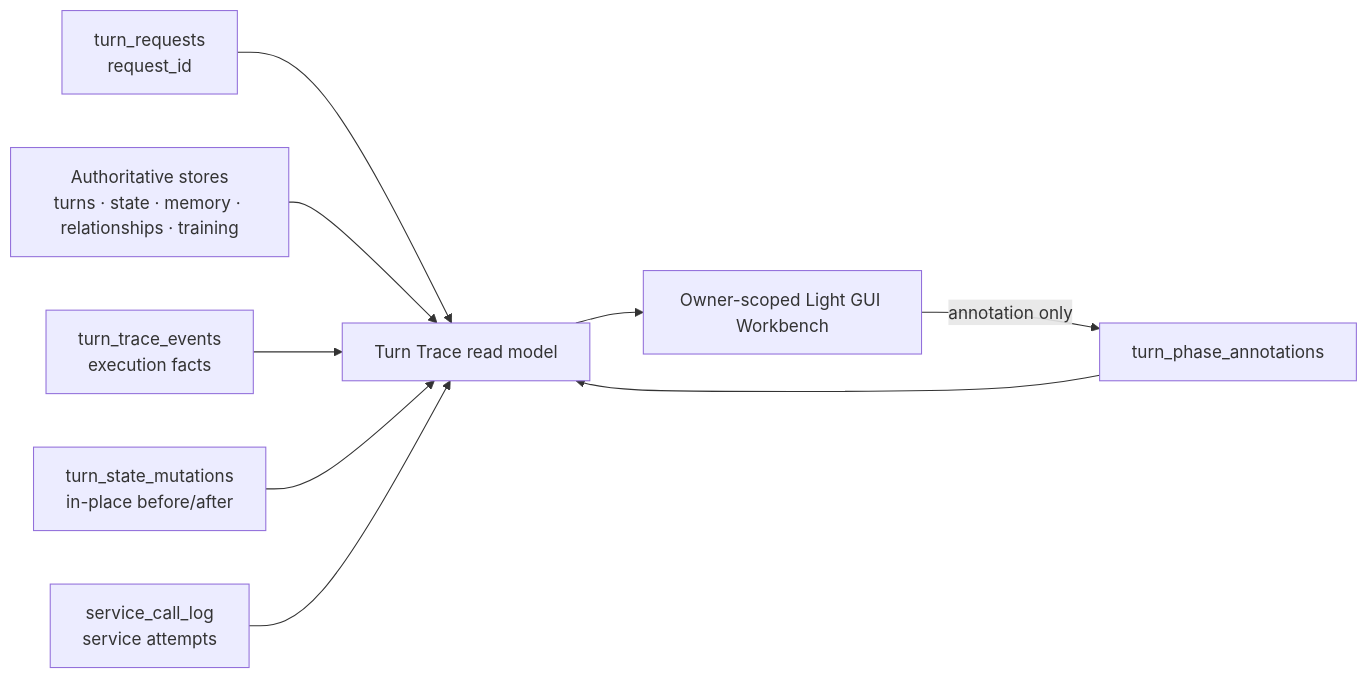
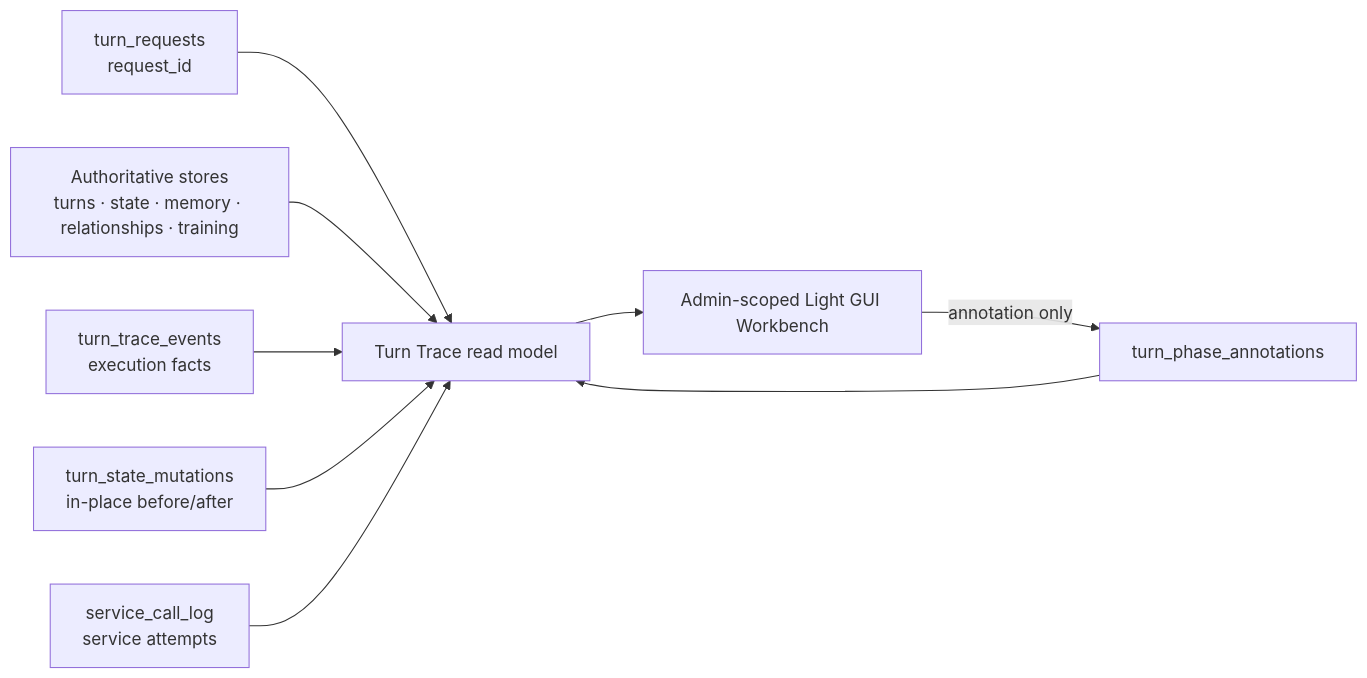
Before and after one commit to abykovwww-byte/tavern-awareness-showroom: the diagram in docs/decisions/027-turn-trace-workbench.md, drawn with Mermaid. The commit also changed other lines of this file and 36 other files, not shown here.

````diff
--- a/docs/decisions/027-turn-trace-workbench.md
+++ b/docs/decisions/027-turn-trace-workbench.md
@@ -89,11 +97,11 @@
 ```mermaid
 flowchart LR
     RQ["turn_requests\nrequest_id"] --> View["Turn Trace read model"]
     AU["Authoritative stores\nturns · state · memory · relationships · training"] --> View
     TE["turn_trace_events\nexecution facts"] --> View
     MU["turn_state_mutations\nin-place before/after"] --> View
     SL["service_call_log\nservice attempts"] --> View
     AN["turn_phase_annotations"] --> View
-    View --> UI["Owner-scoped Light GUI Workbench"]
+    View --> UI["Admin-scoped Light GUI Workbench"]
     UI -->|"annotation only"| AN
 ```
````
